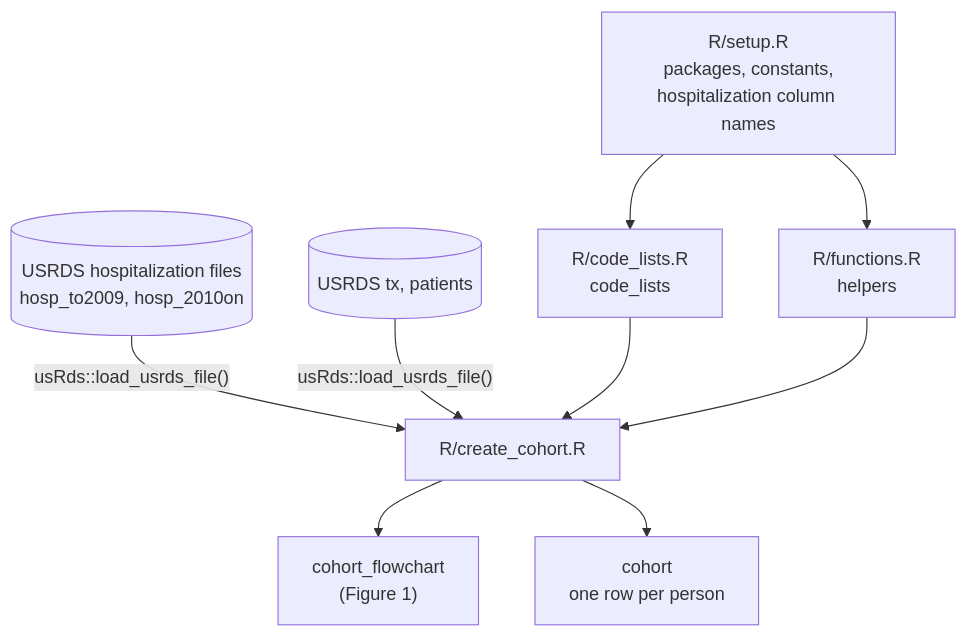
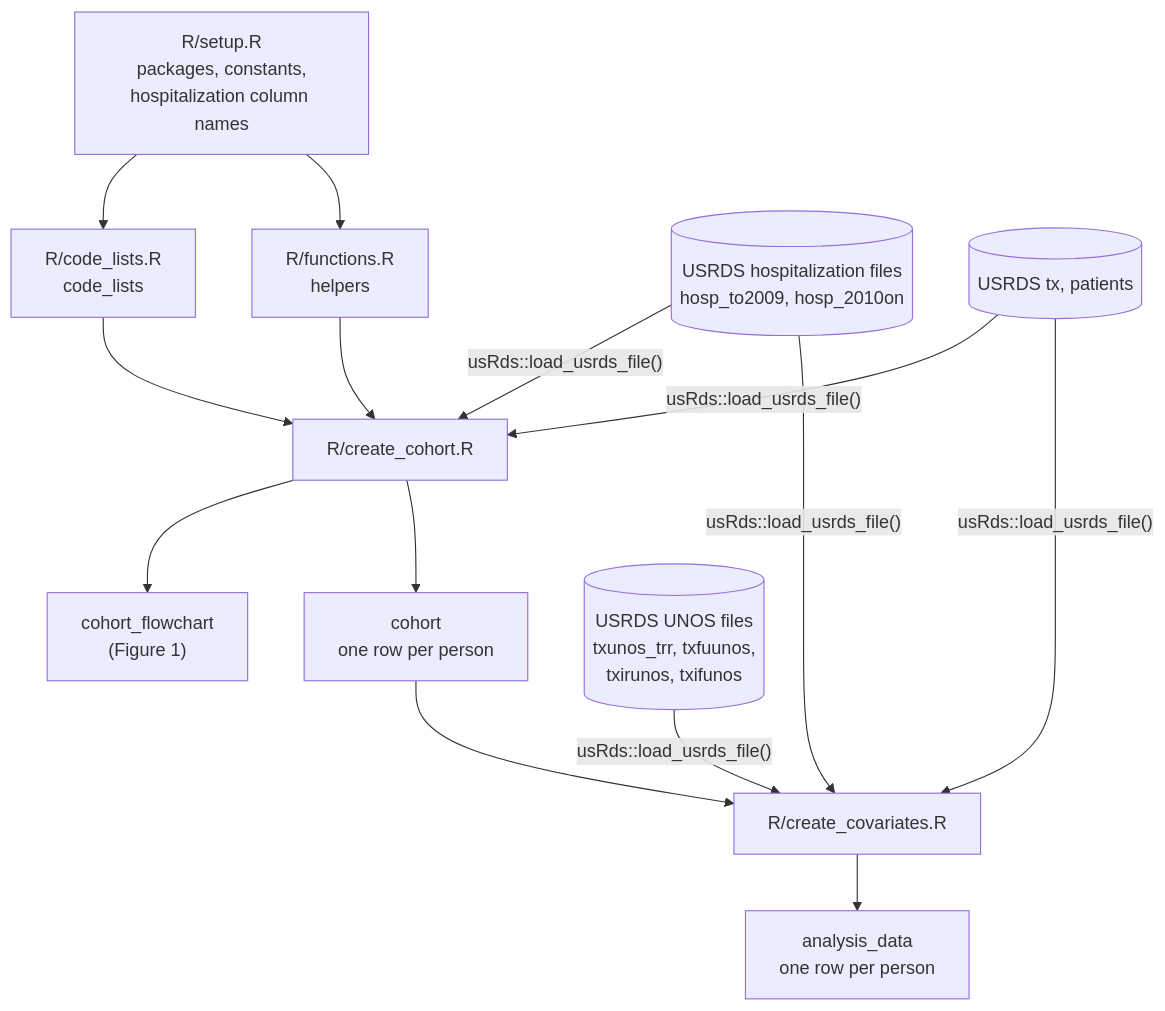
The diagram in ARCHITECTURE.md (VagishHemmige/Fiorica-cryptoccoccus-analysis), drawn with Mermaid before and after one commit. The commit also changed other lines of this file and 16 other files, not shown here.

````diff
--- a/ARCHITECTURE.md
+++ b/ARCHITECTURE.md
@@ -7,11 +7,16 @@
 ```mermaid
 flowchart TD
   setup["R/setup.R<br/>packages, constants,<br/>hospitalization column names"] --> codes["R/code_lists.R<br/>code_lists"]
   setup --> functions["R/functions.R<br/>helpers"]
   hosp[("USRDS hospitalization files<br/>hosp_to2009, hosp_2010on")] -->|"usRds::load_usrds_file()"| cohort["R/create_cohort.R"]
   tx[("USRDS tx, patients")] -->|"usRds::load_usrds_file()"| cohort
   codes --> cohort
   functions --> cohort
   cohort --> flow["cohort_flowchart<br/>(Figure 1)"]
   cohort --> out["cohort<br/>one row per person"]
+  out --> covariates["R/create_covariates.R"]
+  hosp -->|"usRds::load_usrds_file()"| covariates
+  tx -->|"usRds::load_usrds_file()"| covariates
+  unos[("USRDS UNOS files<br/>txunos_trr, txfuunos,<br/>txirunos, txifunos")] -->|"usRds::load_usrds_file()"| covariates
+  covariates --> analysis["analysis_data<br/>one row per person"]
 ```
````
